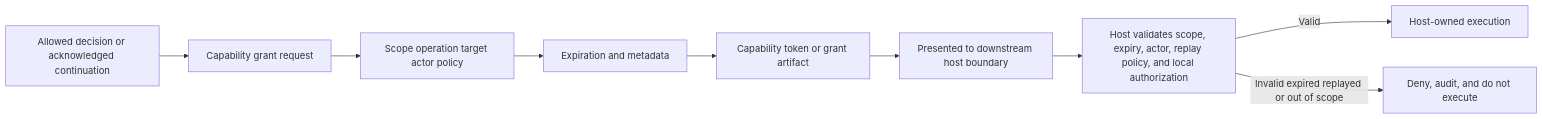
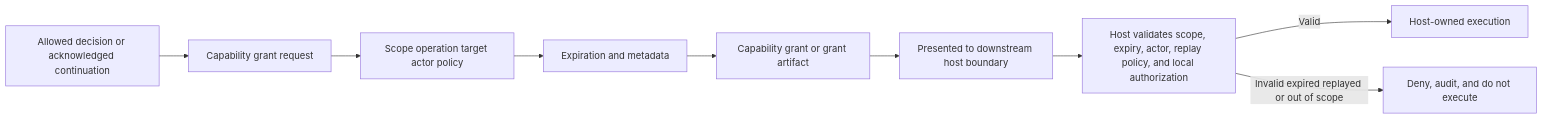
The fourth of 5 diagrams in docs/articles/core-governance-flow-diagrams.md (AsiBackbone/AsiBackbone), drawn with Mermaid before and after one commit. The commit also changed other lines of this file and 278 other files, not shown here.

````diff
--- a/docs/articles/core-governance-flow-diagrams.md
+++ b/docs/articles/core-governance-flow-diagrams.md
@@ -83,12 +83,12 @@
 ```mermaid
 flowchart LR
     Decision["Allowed decision or acknowledged continuation"] --> GrantRequest["Capability grant request"]
     GrantRequest --> Scope["Scope operation target actor policy"]
     Scope --> Expiry["Expiration and metadata"]
-    Expiry --> Token["Capability token or grant artifact"]
+    Expiry --> Token["Capability grant or grant artifact"]
 
     Token --> Presented["Presented to downstream host boundary"]
     Presented --> Validate["Host validates scope, expiry, actor, replay policy, and local authorization"]
     Validate -->|"Valid"| Execute["Host-owned execution"]
     Validate -->|"Invalid expired replayed or out of scope"| Deny["Deny, audit, and do not execute"]
 ```
````
